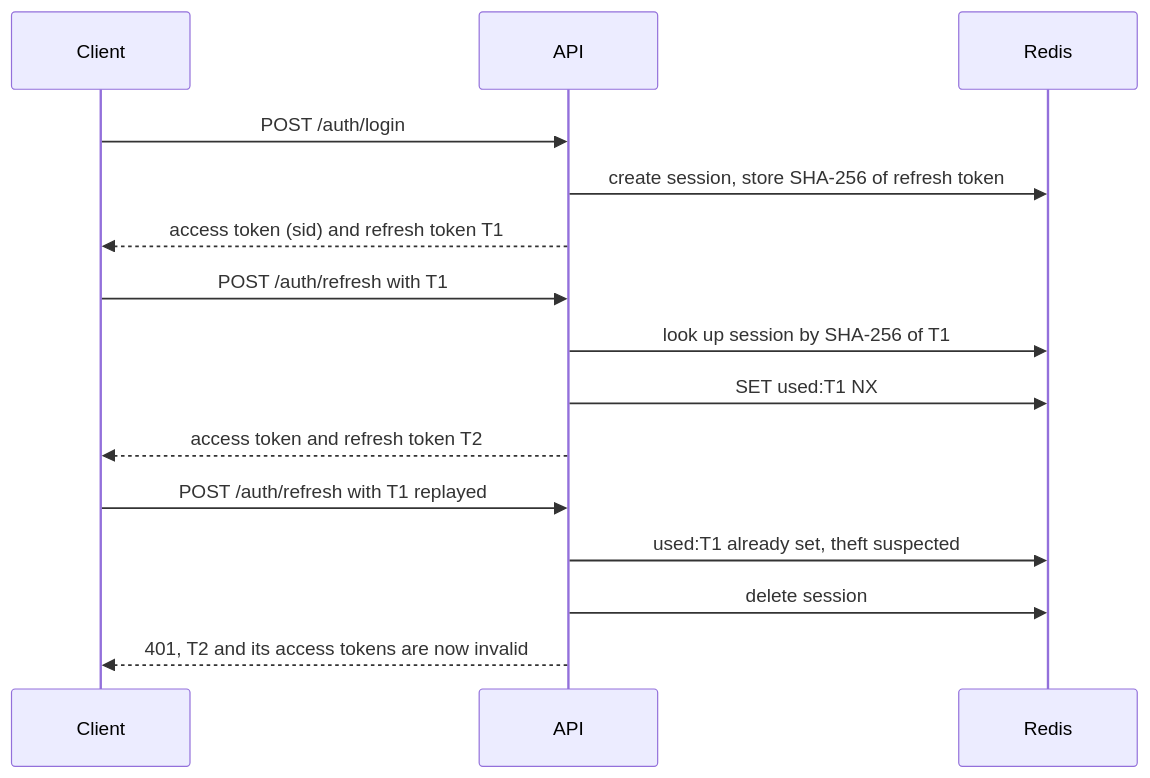
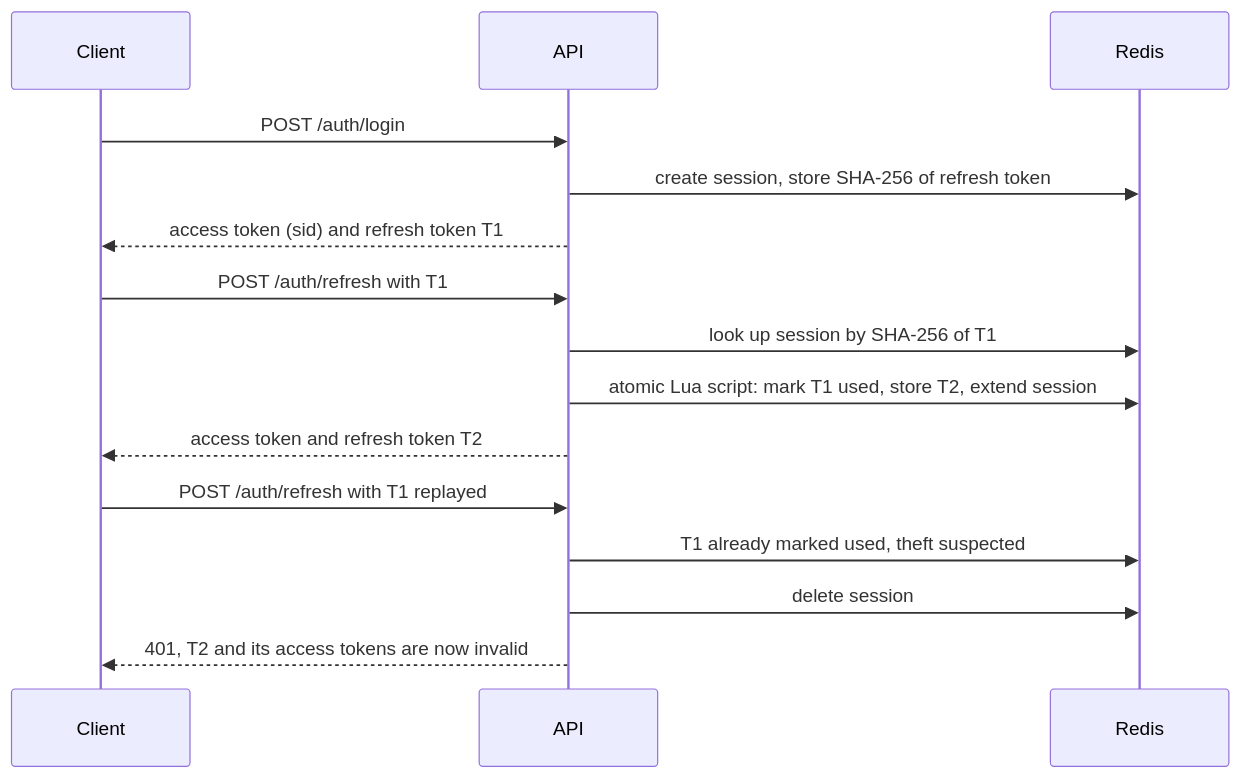
One commit to EvilTheron/auth-service changed the second of 2 diagrams in README.md. Above: the diagram before and after it, drawn with Mermaid. The commit also changed other lines of this file and 25 other files, not shown here.

````diff
--- a/README.md
+++ b/README.md
@@ -39,17 +41,17 @@
 ```mermaid
 sequenceDiagram
     participant C as Client
     participant A as API
     participant R as Redis
     C->>A: POST /auth/login
     A->>R: create session, store SHA-256 of refresh token
     A-->>C: access token (sid) and refresh token T1
     C->>A: POST /auth/refresh with T1
     A->>R: look up session by SHA-256 of T1
-    A->>R: SET used:T1 NX
+    A->>R: atomic Lua script: mark T1 used, store T2, extend session
     A-->>C: access token and refresh token T2
     C->>A: POST /auth/refresh with T1 replayed
-    A->>R: used:T1 already set, theft suspected
+    A->>R: T1 already marked used, theft suspected
     A->>R: delete session
     A-->>C: 401, T2 and its access tokens are now invalid
 ```
````
